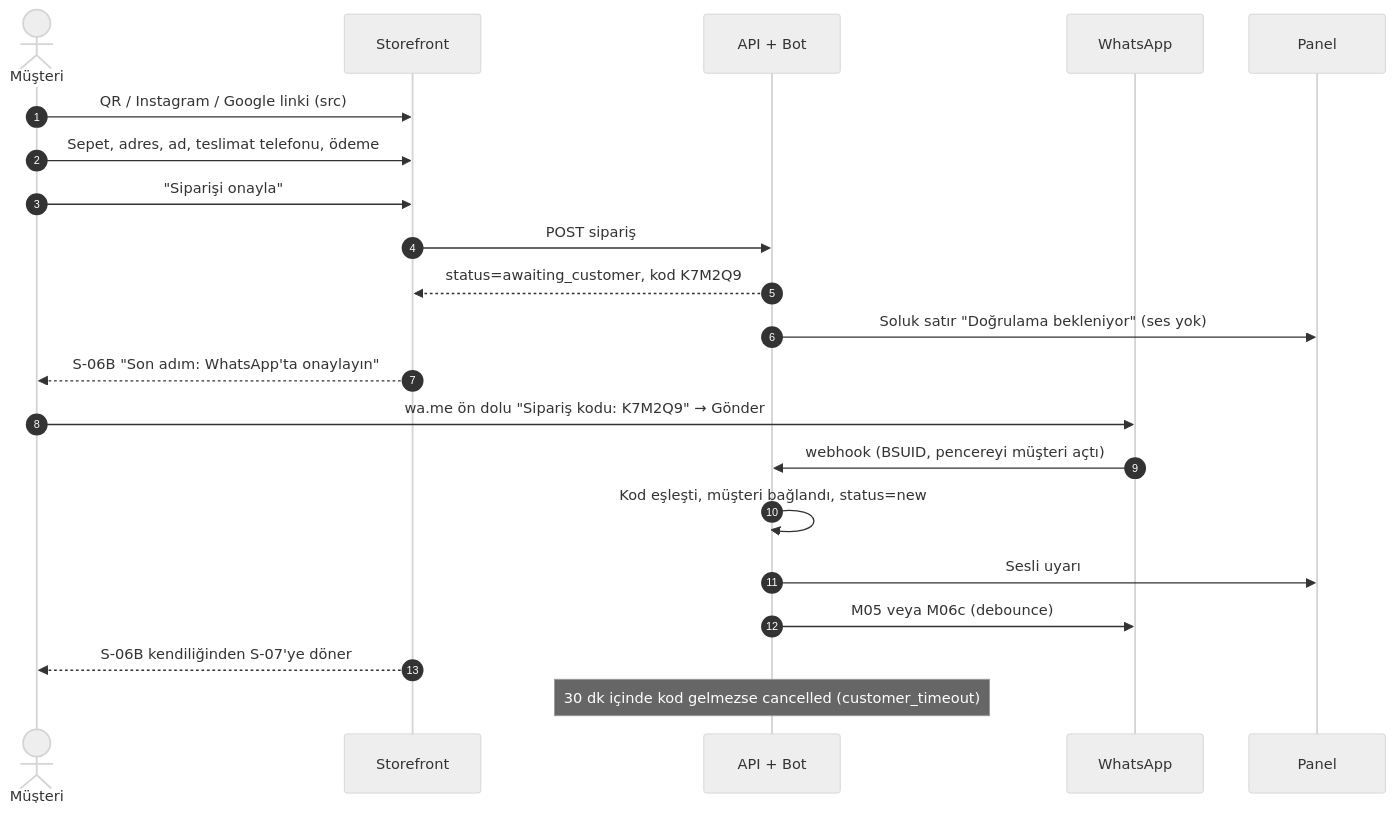
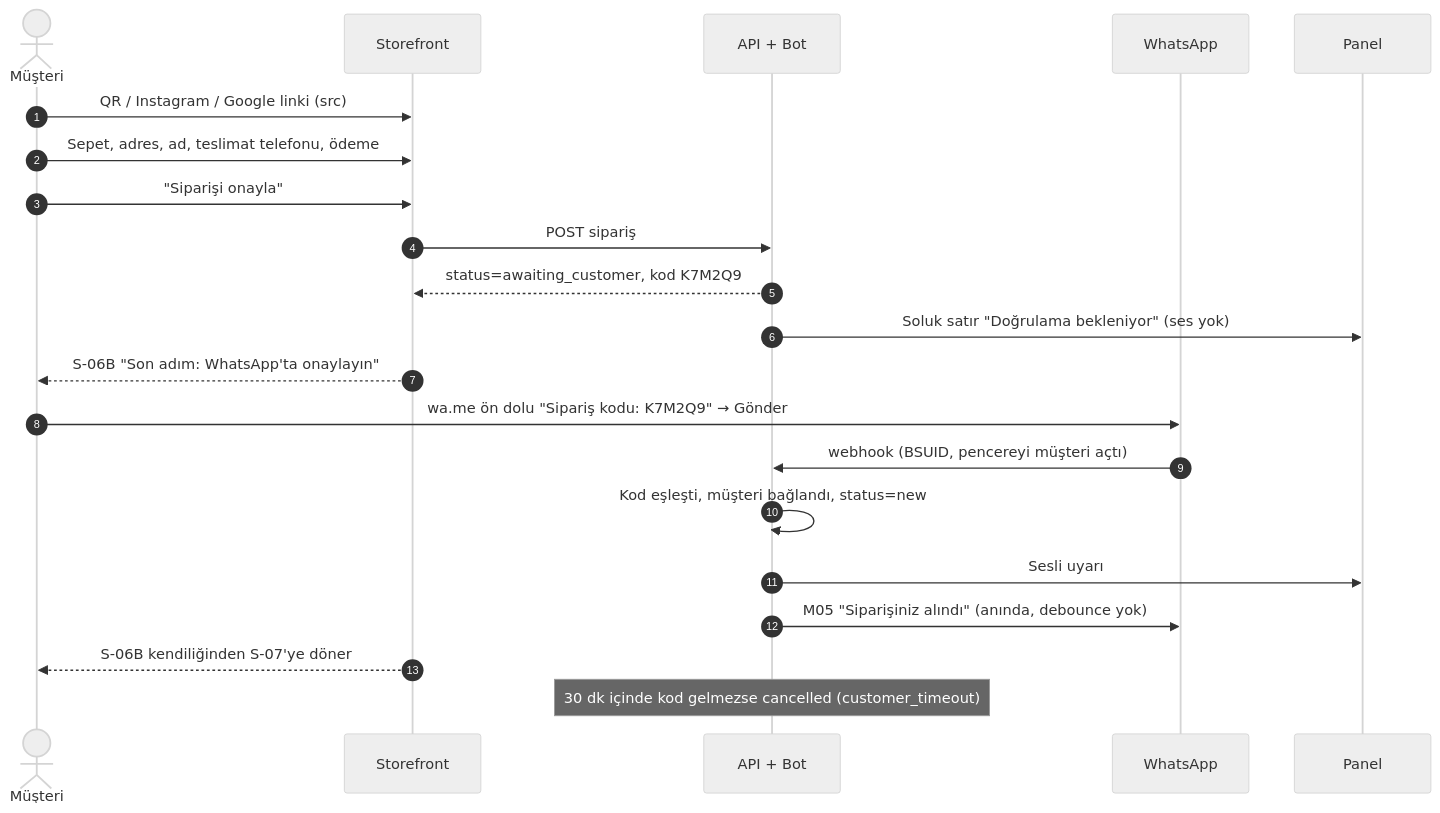
The third of 7 diagrams in docs/03-musteri-deneyimi-ve-storefront.md (eraycaylak/siparisinonunde), drawn with Mermaid (neutral theme) before and after one commit. The commit also changed other lines of this file and 7 other files, not shown here.

````diff
--- a/docs/03-musteri-deneyimi-ve-storefront.md
+++ b/docs/03-musteri-deneyimi-ve-storefront.md
@@ -155,23 +155,23 @@
 ```mermaid
 sequenceDiagram
     autonumber
     actor M as Müşteri
     participant SF as Storefront
     participant B as API + Bot
     participant WA as WhatsApp
     participant P as Panel
     M->>SF: QR / Instagram / Google linki (src)
     M->>SF: Sepet, adres, ad, teslimat telefonu, ödeme
     M->>SF: "Siparişi onayla"
     SF->>B: POST sipariş
     B-->>SF: status=awaiting_customer, kod K7M2Q9
     B->>P: Soluk satır "Doğrulama bekleniyor" (ses yok)
     SF-->>M: S-06B "Son adım: WhatsApp'ta onaylayın"
     M->>WA: wa.me ön dolu "Sipariş kodu: K7M2Q9" → Gönder
     WA->>B: webhook (BSUID, pencereyi müşteri açtı)
     B->>B: Kod eşleşti, müşteri bağlandı, status=new
     B->>P: Sesli uyarı
-    B->>WA: M05 veya M06c (debounce)
+    B->>WA: M05 "Siparişiniz alındı" (anında, debounce yok)
     SF-->>M: S-06B kendiliğinden S-07'ye döner
     Note over B: 30 dk içinde kod gelmezse cancelled (customer_timeout)
 ```
````
